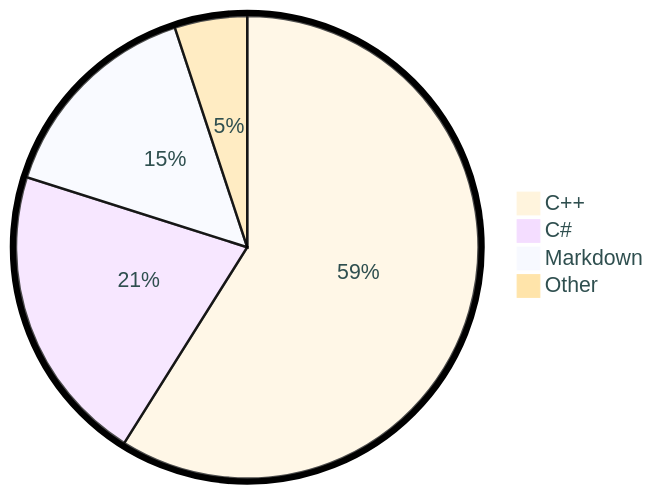
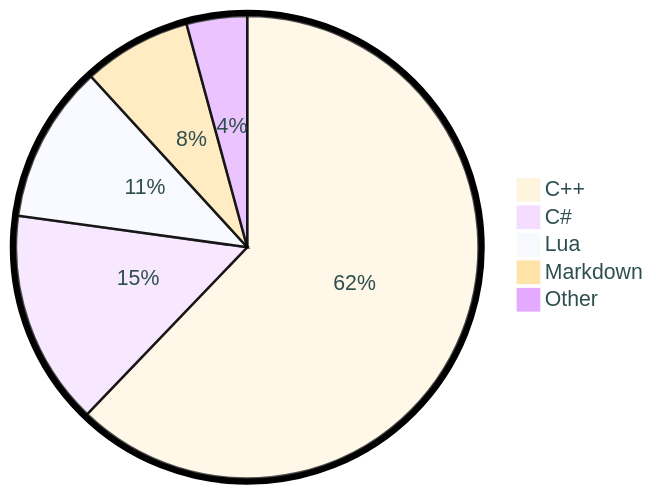
Before and after one commit to tot0p/tot0p: the diagram in README.md, drawn with Mermaid. The commit also changed other lines of this file, not shown here.

````diff
--- a/README.md
+++ b/README.md
@@ -72,8 +72,9 @@
 ```mermaid
 %%{init: {"pie": {"textPosition": 0.5}, "themeVariables": {"pieOuterStrokeWidth": "5px","primaryTextColor" : "#2F4F4F"},"theme":"base"} }%%
 pie
-	"C++": 58.93
-	"C#": 20.96
-	"Markdown": 15.04
-	"Other": 5.07
+	"C++": 62.17
+	"C#": 15.02
+	"Lua": 11.02
+	"Markdown": 7.57
+	"Other": 4.23
 ```
````
